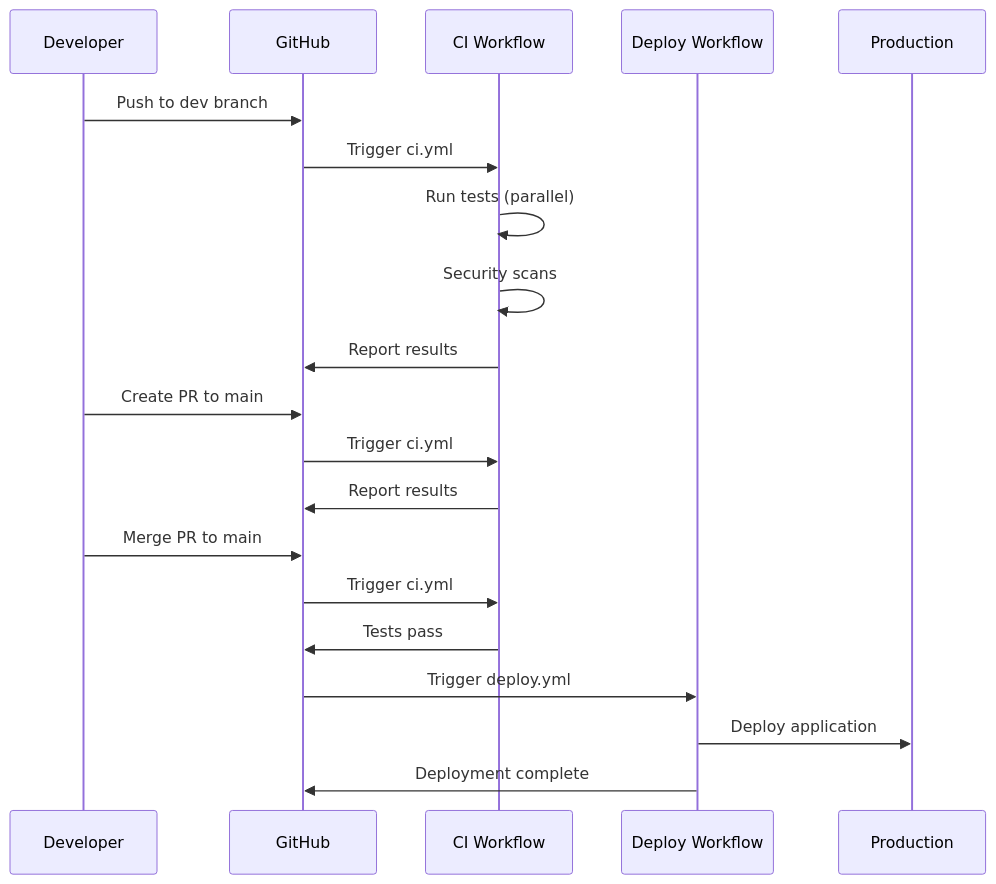
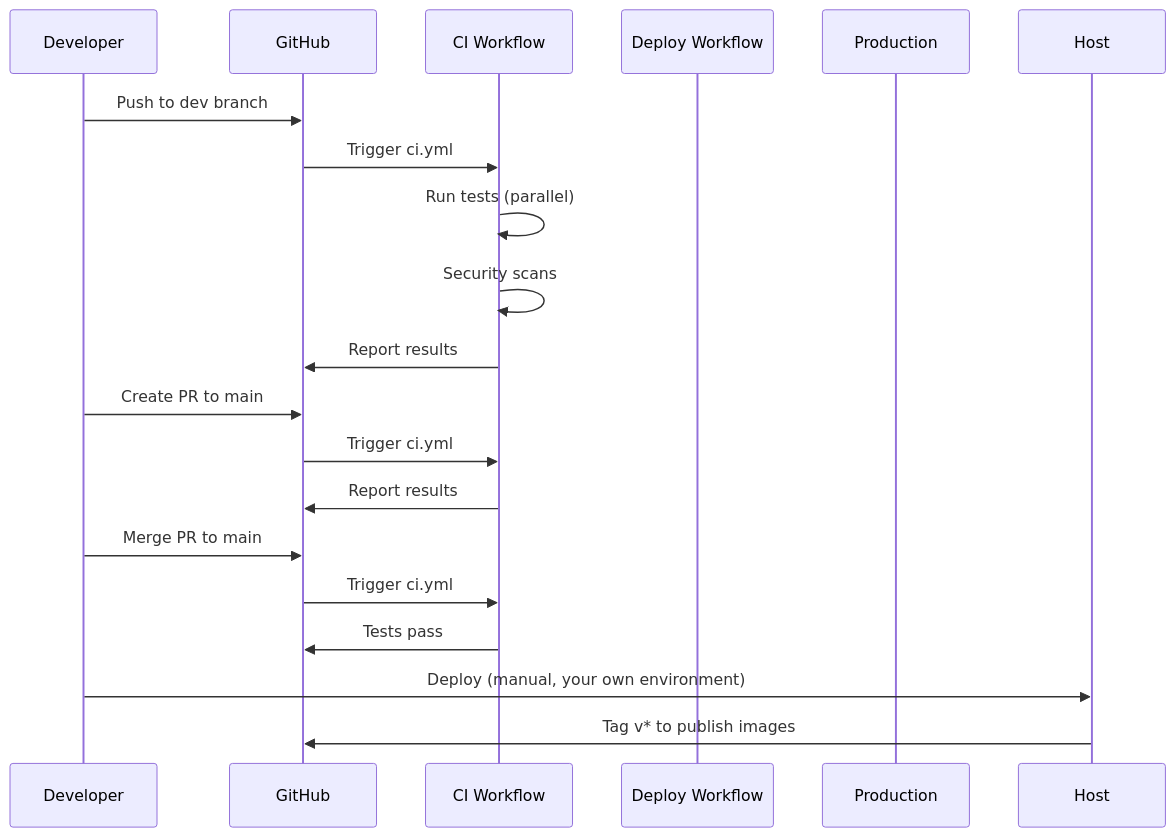
Before and after one commit to AleksNeStu/ai-real-estate-assistant: the second of 2 diagrams in docs/ci-cd/WORKFLOWS_GUIDE.md, drawn with Mermaid. The commit also changed other lines of this file and 101 other files, not shown here.

````diff
--- a/docs/ci-cd/WORKFLOWS_GUIDE.md
+++ b/docs/ci-cd/WORKFLOWS_GUIDE.md
@@ -333,25 +299,24 @@
 ```mermaid
 sequenceDiagram
     participant Dev as Developer
     participant GH as GitHub
     participant CI as CI Workflow
     participant Deploy as Deploy Workflow
     participant Prod as Production
 
     Dev->>GH: Push to dev branch
     GH->>CI: Trigger ci.yml
     CI->>CI: Run tests (parallel)
     CI->>CI: Security scans
     CI->>GH: Report results
 
     Dev->>GH: Create PR to main
     GH->>CI: Trigger ci.yml
     CI->>GH: Report results
 
     Dev->>GH: Merge PR to main
     GH->>CI: Trigger ci.yml
     CI->>GH: Tests pass
-    GH->>Deploy: Trigger deploy.yml
-    Deploy->>Prod: Deploy application
-    Deploy->>GH: Deployment complete
+    Dev->>Host: Deploy (manual, your own environment)
+    Host->>GH: Tag v* to publish images
 ```
````
